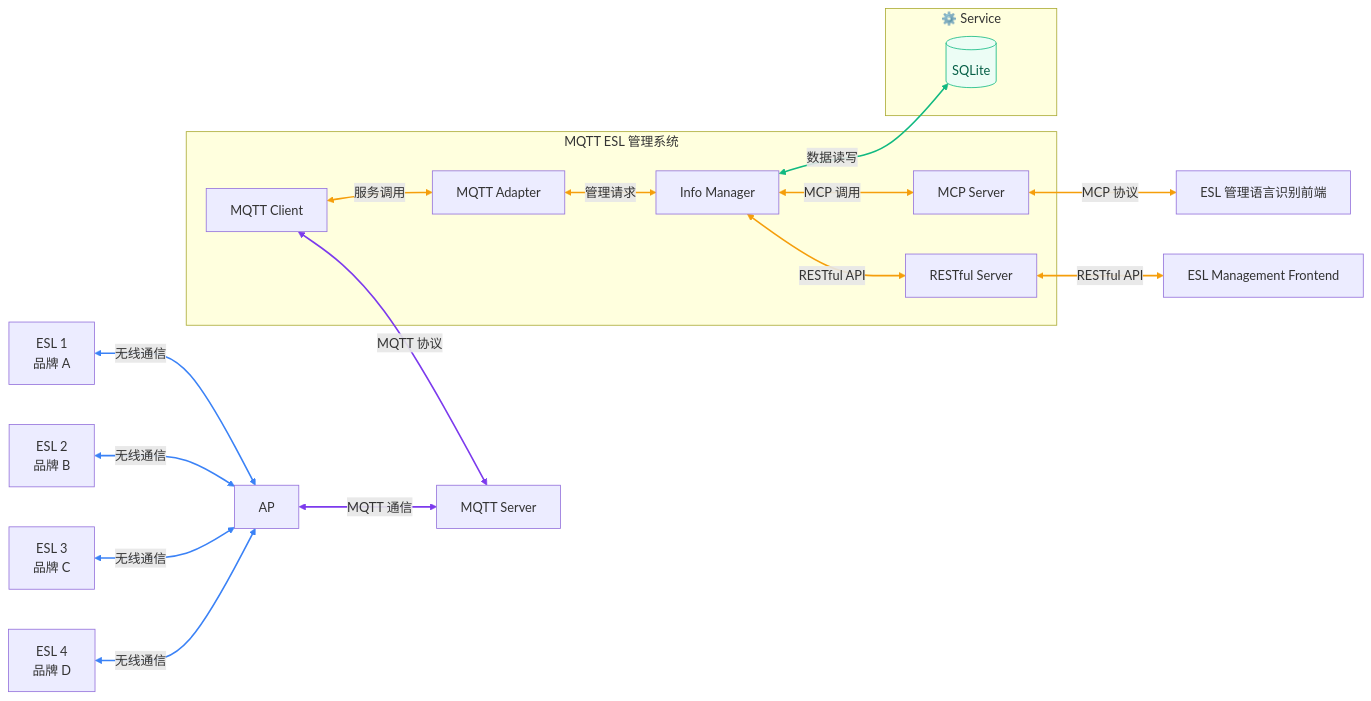
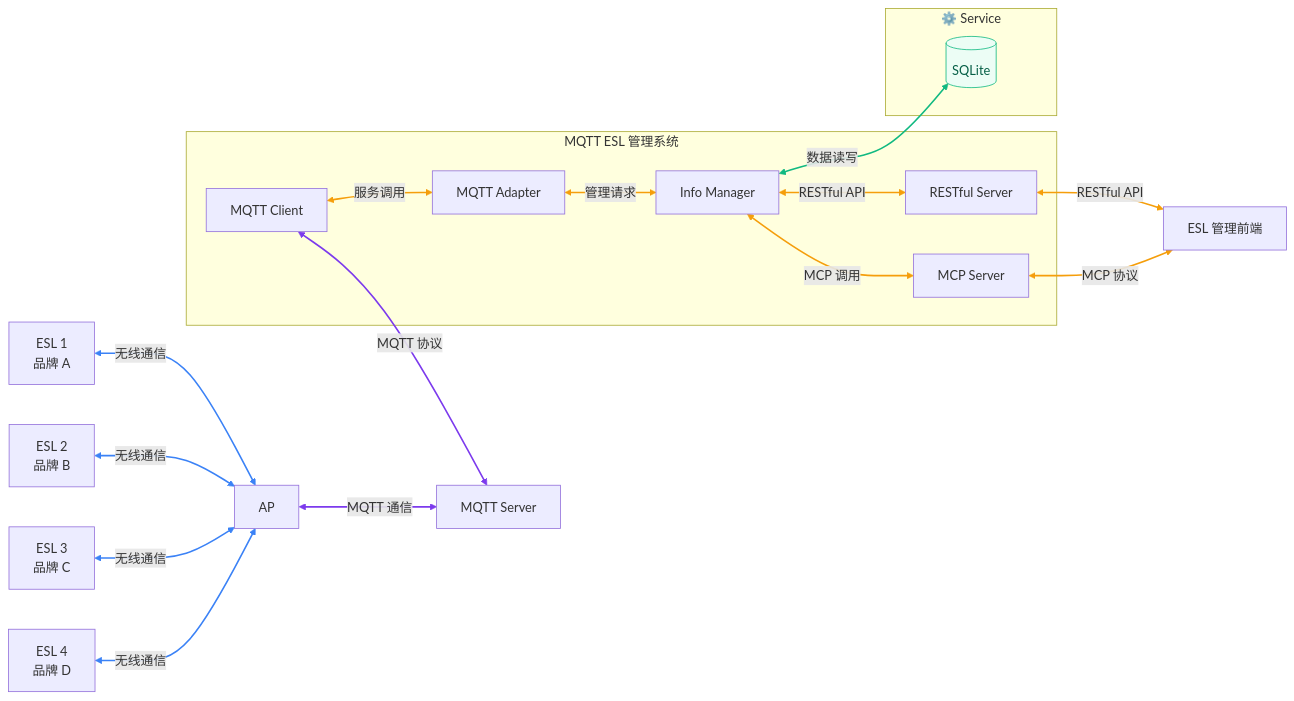
The diagram in profile/README.md (MQTT-ESL-Dev/.github), drawn with Mermaid before and after one commit. The commit also changed other lines of this file, not shown here.

Commit message:
refactor(🏗️ Structure): consolidate frontend connections

````diff
--- a/profile/README.md
+++ b/profile/README.md
@@ -9,38 +9,37 @@
 ```mermaid
 flowchart LR
 	ESL1["ESL 1<br/>品牌 A"] <-->|无线通信| AP[AP]
 	ESL2["ESL 2<br/>品牌 B"] <-->|无线通信| AP
 	ESL3["ESL 3<br/>品牌 C"] <-->|无线通信| AP
 	ESL4["ESL 4<br/>品牌 D"] <-->|无线通信| AP
 	AP <-->|MQTT 通信| MQTT[MQTT Server]
 	subgraph MQTTSystem[MQTT ESL 管理系统]
 		Client[MQTT Client]
 		Adapter[MQTT Adapter]
 		Manager[Info Manager]
 		MCP[MCP Server]
 		NormalServer["RESTful Server"]
 		Client <-->|服务调用| Adapter
 		Adapter <-->|管理请求| Manager
 		Manager <-->|MCP 调用| MCP
 		Manager <-->|RESTful API| NormalServer
 	end
 	Client <-->|MQTT 协议| MQTT
-	Frontend[ESL Management Frontend]
-	LanguageFrontend[ESL 管理语言识别前端]
+	Frontend[ESL 管理前端]
 	NormalServer <-->|RESTful API| Frontend
-	MCP <-->|MCP 协议| LanguageFrontend
+	MCP <-->|MCP 协议| Frontend
 	subgraph Service["⚙️ Service"]
 		SQLite[(SQLite)]
 	end
 	Manager <-->|数据读写| SQLite
 
 	classDef blue fill:#EFF6FF,stroke:#3B82F6,color:#1E3A8A;
 	classDef purple fill:#F3E8FF,stroke:#7C3AED,color:#4C1D95;
 	classDef orange fill:#FFF7ED,stroke:#F59E0B,color:#92400E;
 	classDef green fill:#ECFDF5,stroke:#10B981,color:#065F46;
 	class SQLite green;
 	linkStyle 0,1,2,3 stroke:#3B82F6,stroke-width:2px;
 	linkStyle 4,9 stroke:#7C3AED,stroke-width:2px;
 	linkStyle 5,6,7,8,10,11 stroke:#F59E0B,stroke-width:2px;
 	linkStyle 12 stroke:#10B981,stroke-width:2px;
 ```
````
